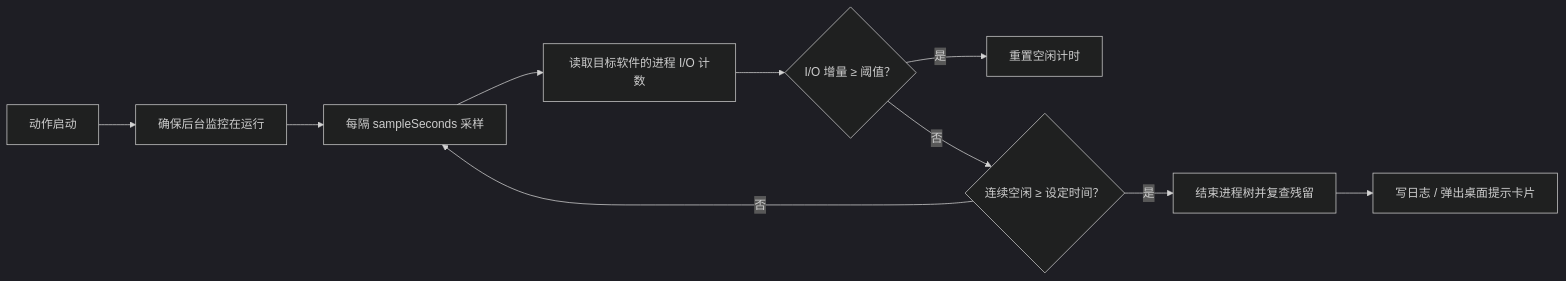
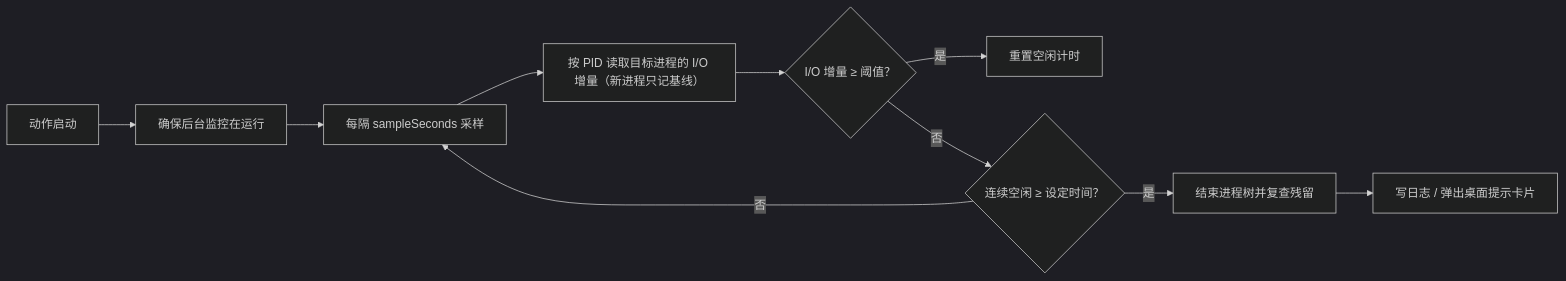
One commit to woaixaingxaing/quicker-actions changed the diagram in quicker/transfer-idle-watchdog/README.md. Above: the diagram before and after it, drawn with Mermaid (dark theme). The commit also changed other lines of this file and 4 other files, not shown here.

````diff
--- a/quicker/transfer-idle-watchdog/README.md
+++ b/quicker/transfer-idle-watchdog/README.md
@@ -31,12 +31,12 @@
 ```mermaid
 flowchart LR
     A["动作启动"] --> B["确保后台监控在运行"]
     B --> C["每隔 sampleSeconds 采样"]
-    C --> D["读取目标软件的进程 I/O 计数"]
+    C --> D["按 PID 读取目标进程的 I/O 增量（新进程只记基线）"]
     D --> E{"I/O 增量 ≥ 阈值？"}
     E -- 是 --> F["重置空闲计时"]
     E -- 否 --> G{"连续空闲 ≥ 设定时间？"}
     G -- 否 --> C
     G -- 是 --> H["结束进程树并复查残留"]
     H --> I["写日志 / 弹出桌面提示卡片"]
 ```
````
